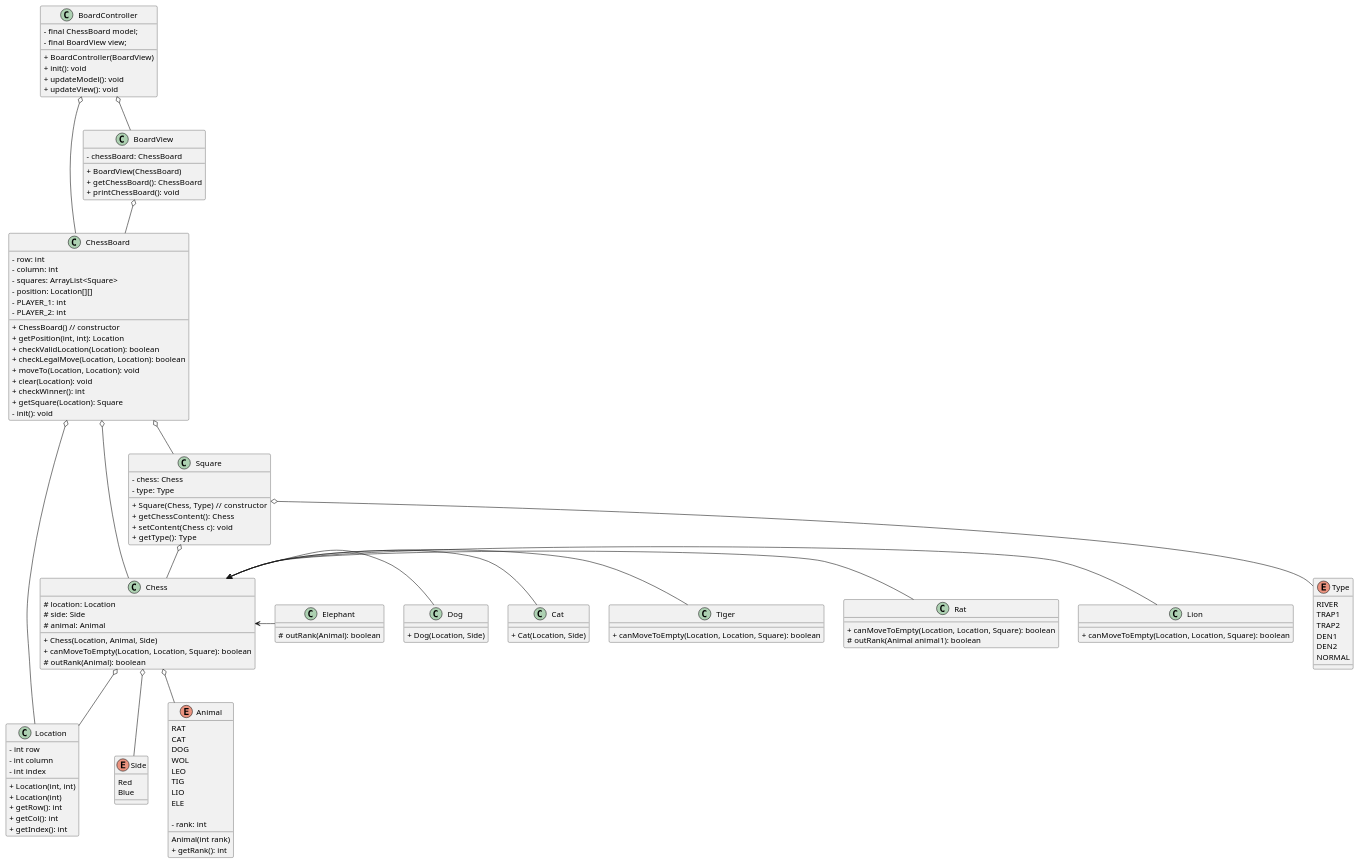
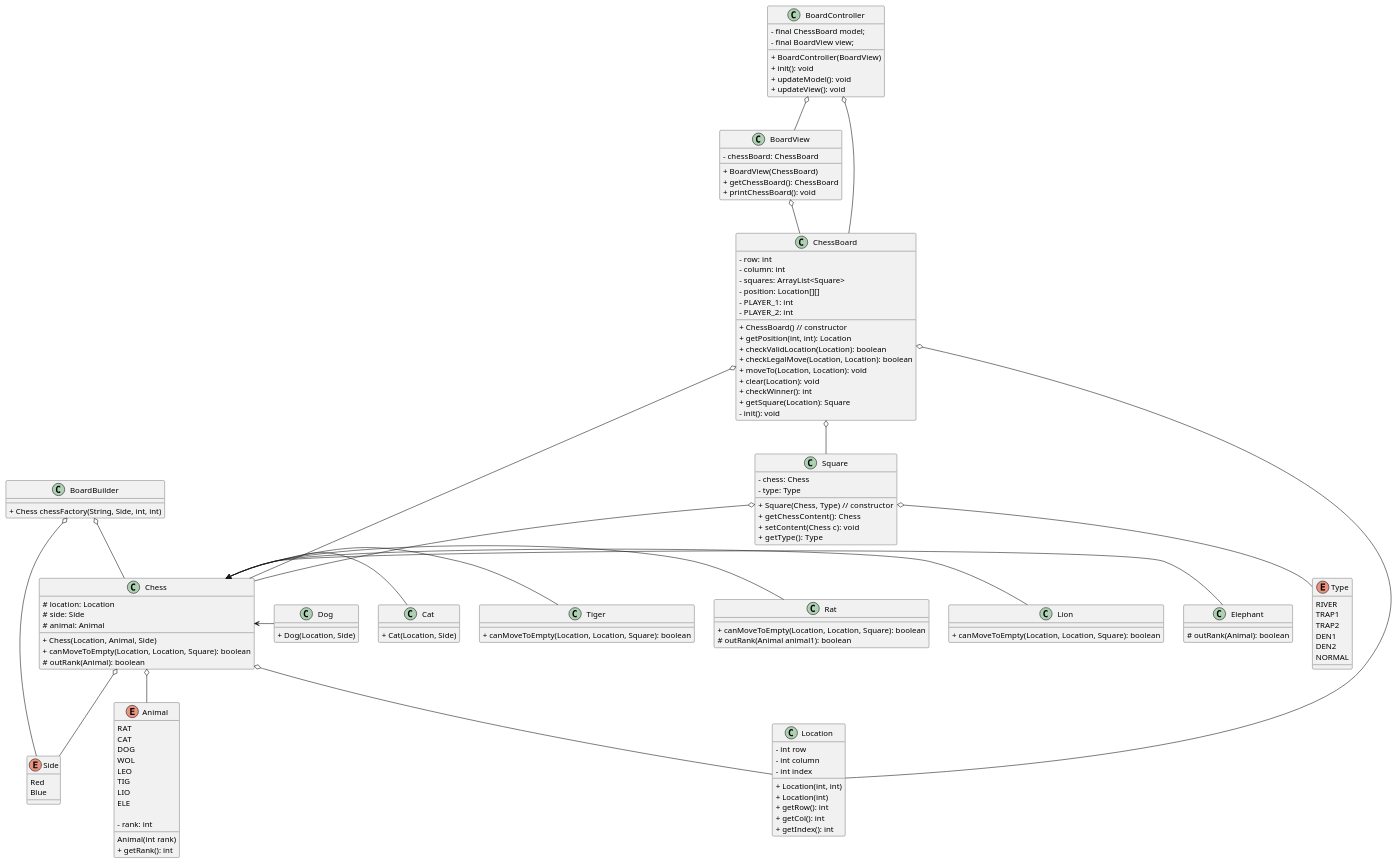
Before and after one commit to Edo-kawa/SE-Project: the diagram in src/main/UML/1.puml, drawn with PlantUML. The commit also changed 1 other file, not shown here.

Commit message:
Update UML

```diff
--- a/src/main/UML/1.puml
+++ b/src/main/UML/1.puml
@@ -1,169 +1,178 @@
 @startuml
 
 Chess o-- Animal
 Chess o-- Side
 Chess o-- Location
 
 ChessBoard o-- Location
 ChessBoard o-- Chess
 ChessBoard o-- Square
 
 Square o-- Type
 Square o-- Chess
 
 Chess <- Cat
 Chess <- Dog
 Chess <- Elephant
 'Chess <- Leopard
 Chess <- Lion
 Chess <- Rat
 Chess <- Tiger
 'Chess <- Wolf
 
 BoardView o-- ChessBoard
 
 BoardController o-- ChessBoard
 BoardController o-- BoardView
+
+BoardBuilder o-- Side
+BoardBuilder o-- Chess
 
 enum Animal{
 RAT
 CAT
 DOG
 WOL
 LEO
 TIG
 LIO
 ELE
 
 <plain>- rank: int
 
 Animal(int rank)
 <plain>+ getRank(): int
 }
 
 enum Side{
 Red
 Blue
 }
 
 enum Type {
 RIVER
 TRAP1
 TRAP2
 DEN1
 DEN2
 NORMAL
 }
 
 class Square{
 <plain>- chess: Chess
 <plain>- type: Type
 
 <plain>+  Square(Chess, Type) // constructor
 <plain>+  getChessContent(): Chess
 <plain>+  setContent(Chess c): void
 <plain>+  getType(): Type
 }
 
+class Cat{
+<plain>+ Cat(Location, Side)
+}
+class Dog{
+<plain>+ Dog(Location, Side)
+}
+
+class Elephant{
+<plain># outRank(Animal): boolean
+}
+'
+'class Leopard{
+''boolean isValidPath(Location from, Location to)
+'}
+class Lion{
+<plain>+ canMoveToEmpty(Location, Location, Square): boolean
+}
+class Rat{
+<plain>+ canMoveToEmpty(Location, Location, Square): boolean
+<plain># outRank(Animal animal1): boolean
+}
+class Tiger{
+<plain>+ canMoveToEmpty(Location, Location, Square): boolean
+}
+'class Wolf{
+''<plain>+ boolean isValidPath(Location from, Location to)
+'}
+
 class Chess{
 <plain># location: Location
 <plain># side: Side
 <plain># animal: Animal
 
 <plain>+ Chess(Location, Animal, Side)
 <plain>+ canMoveToEmpty(Location, Location, Square): boolean
 <plain># outRank(Animal): boolean
 }
 
 class ChessBoard{
 <plain>- row: int
 <plain>- column: int
 <plain>- squares: ArrayList<Square>
 '// player1 [0][1-8], player2 [1][1-8] 1-8 standing for Rank
 <plain>- position: Location[][]
 <plain>- PLAYER_1: int
 <plain>- PLAYER_2: int
 
 <plain>+ ChessBoard() // constructor
 <plain>+ getPosition(int, int): Location
 <plain>+ checkValidLocation(Location): boolean
 '<plain>+ checkCanCapture(Chess chess, Location location) // 未使用
 '<plain>+ boolean checkIsEmpty(Location location) // 未使用
 <plain>+ checkLegalMove(Location, Location): boolean 
 '<plain>+ boolean checkLegalMove(int index, Location to)
 <plain>+ moveTo(Location, Location): void
 '<plain>+ void moveTo(int index, Location to)
 <plain>+ clear(Location): void 
 <plain>+ checkWinner(): int 
 '<plain>+ boolean setChess(Chess chess, Location location) // 未使用
 '<plain>+ Chess getChess(Location location)
 <plain>+ getSquare(Location): Square 
 '<plain>+ Square getSquare(int index)
 '<plain>+ Set<Move> getLegalMoves(Location location) // 未使用
 '<plain>- int location2index(Location location)
 '<plain>- Location index2Location(int index)
 <plain>- init(): void 
 }
 
-class Cat{
-<plain>+ Cat(Location, Side)
-}
-class Dog{
-<plain>+ Dog(Location, Side)
-}
-
-class Elephant{
-<plain># outRank(Animal): boolean
-}
-'
-'class Leopard{
-''boolean isValidPath(Location from, Location to)
-'}
-class Lion{
-<plain>+ canMoveToEmpty(Location, Location, Square): boolean
-}
-class Rat{
-<plain>+ canMoveToEmpty(Location, Location, Square): boolean
-<plain># outRank(Animal animal1): boolean
-}
-class Tiger{
-<plain>+ canMoveToEmpty(Location, Location, Square): boolean
-}
-'class Wolf{
-''<plain>+ boolean isValidPath(Location from, Location to)
-'}
 
 
 class Location{
 
 <plain>- int row
 <plain>- int column
 <plain>- int index
 
 <plain>+ Location(int, int)
 <plain>+ Location(int)
 <plain>+ getRow(): int
 <plain>+ getCol(): int
 <plain>+ getIndex(): int
 }
 
 class BoardController{
 <plain>- final ChessBoard model;
 <plain>- final BoardView view;
 
 <plain>+ BoardController(BoardView)
 <plain>+ init(): void
 <plain>+ updateModel(): void
 <plain>+ updateView(): void
 }
 
 class BoardView{
 
 <plain>- chessBoard: ChessBoard
 
 <plain>+ BoardView(ChessBoard)
 <plain>+ getChessBoard(): ChessBoard
 <plain>+ printChessBoard(): void
 }
 
+
+class BoardBuilder{
+<plain>+ Chess chessFactory(String, Side, int, int)
+}
+
 @enduml
```
